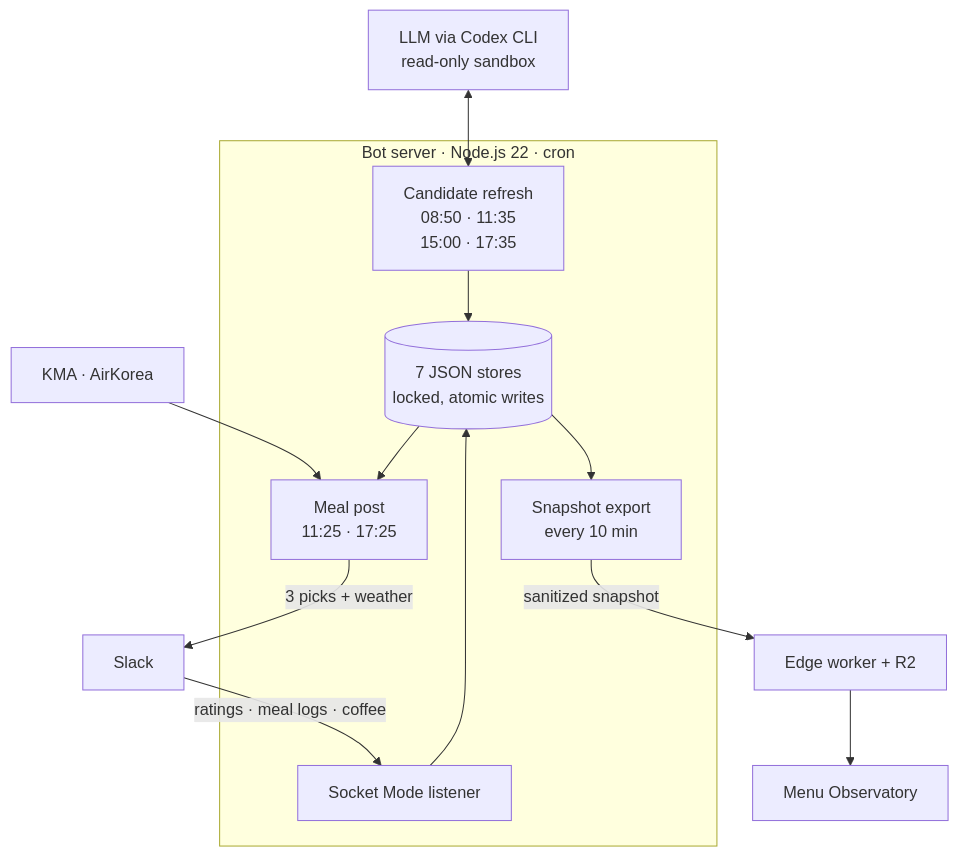
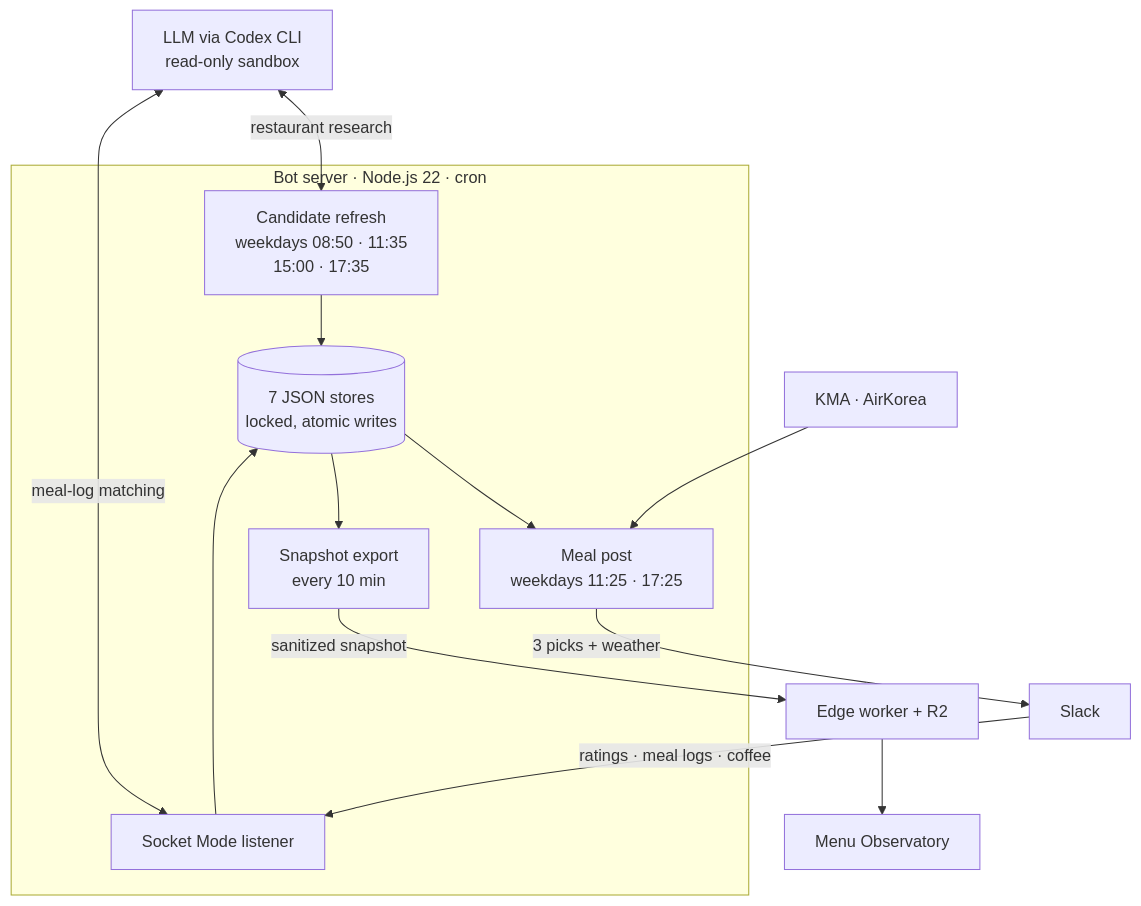
Before and after one commit to jumincho/ojeommwo: the diagram in README.md, drawn with Mermaid. The commit also changed other lines of this file, not shown here.

First line of the commit message:
docs: refresh the English README

````diff
--- a/README.md
+++ b/README.md
@@ -47,26 +47,27 @@
 ```mermaid
 flowchart TB
   llm["LLM via Codex CLI<br/>read-only sandbox"]
   weather["KMA · AirKorea"]
   subgraph bot["Bot server · Node.js 22 · cron"]
-    refresh["Candidate refresh<br/>08:50 · 11:35<br/>15:00 · 17:35"]
-    post["Meal post<br/>11:25 · 17:25"]
+    refresh["Candidate refresh<br/>weekdays 08:50 · 11:35<br/>15:00 · 17:35"]
+    post["Meal post<br/>weekdays 11:25 · 17:25"]
     store[("7 JSON stores<br/>locked, atomic writes")]
     listener["Socket Mode listener"]
     export["Snapshot export<br/>every 10 min"]
   end
   slack["Slack"]
   edge["Edge worker + R2"]
   browser["Menu Observatory"]
 
-  llm <--> refresh
+  llm <-->|"restaurant research"| refresh
+  llm <-->|"meal-log matching"| listener
   weather --> post
   refresh --> store
   store --> post
   post -->|"3 picks + weather"| slack
   slack -->|"ratings · meal logs · coffee"| listener
   listener --> store
   store --> export
   export -->|"sanitized snapshot"| edge
   edge --> browser
 ```
````
